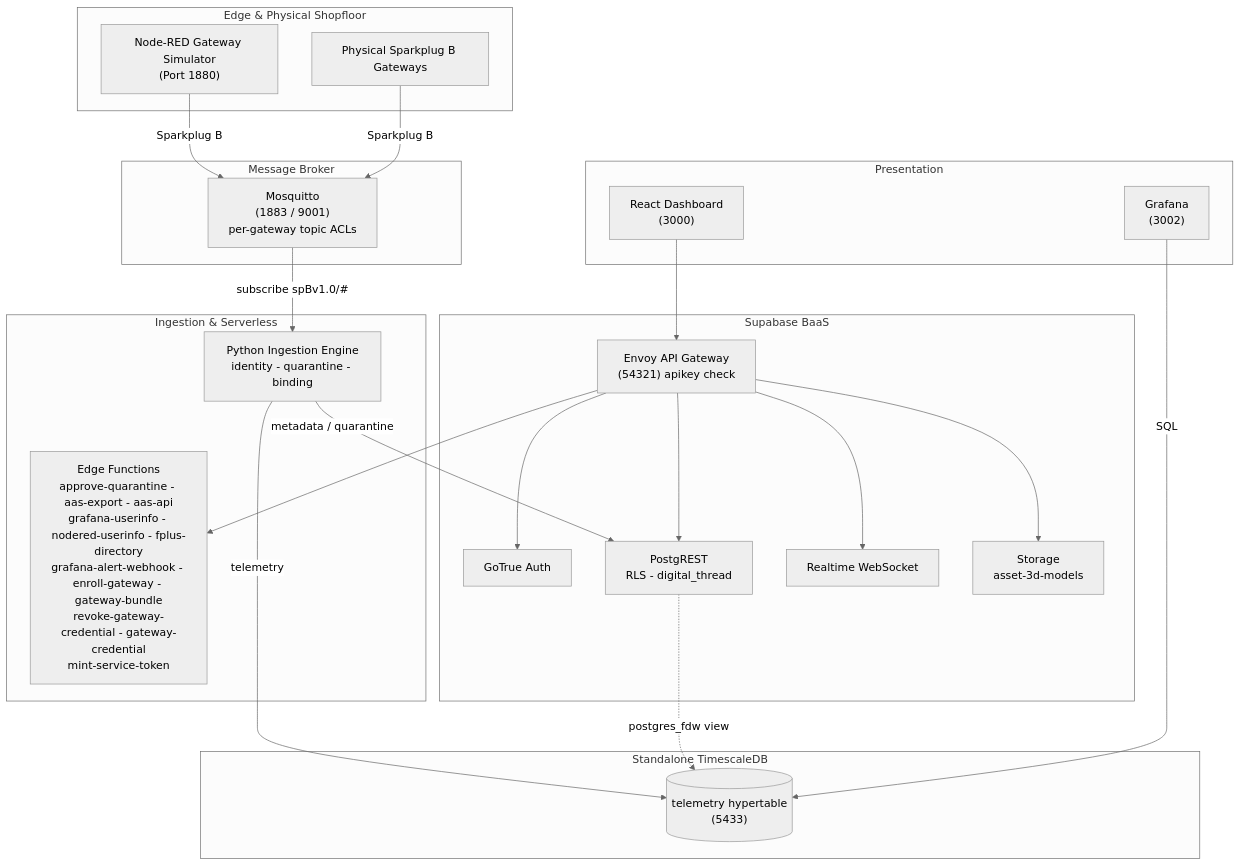
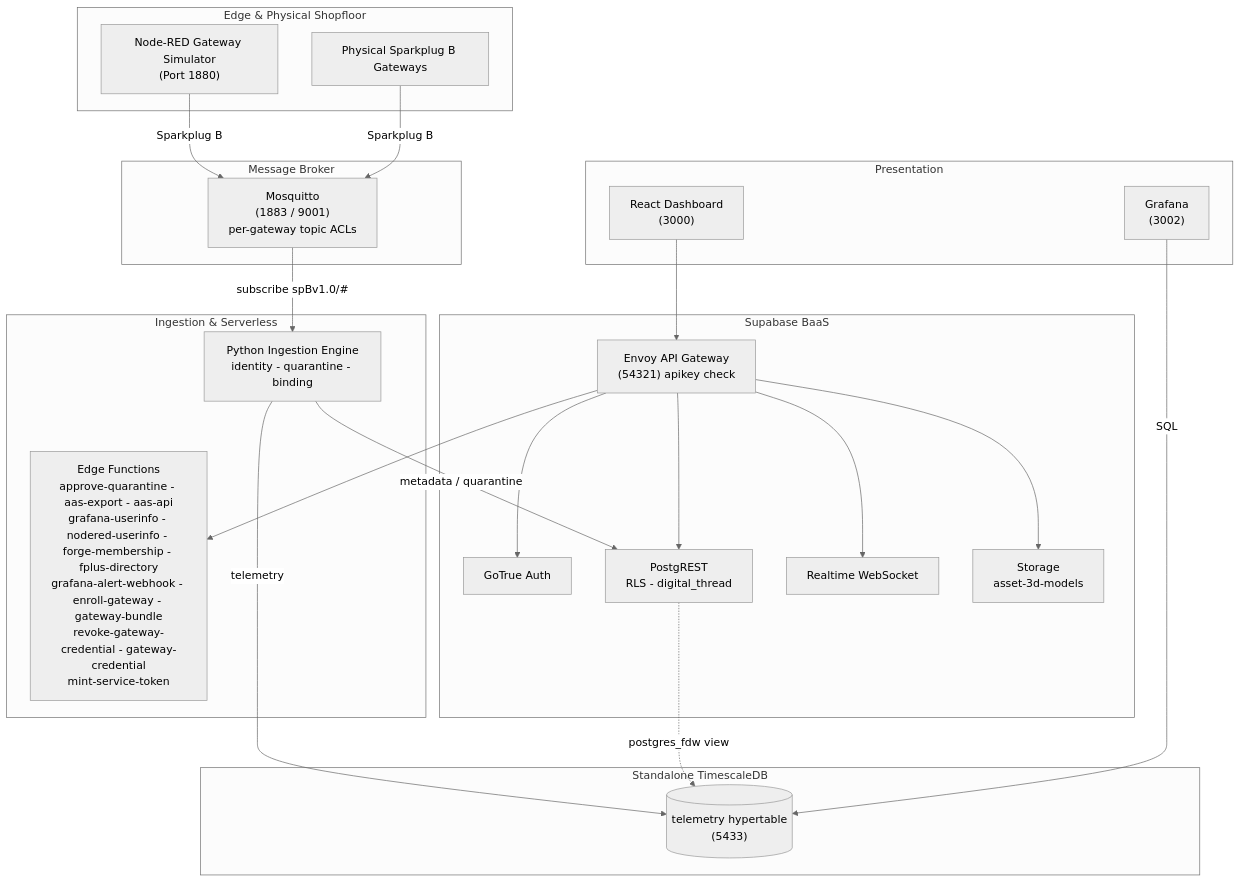
Before and after one commit to Harri-Llewelyn/Aber: the diagram in README.md, drawn with Mermaid (neutral theme). The commit also changed other lines of this file and 11 other files, not shown here.

````diff
--- a/README.md
+++ b/README.md
@@ -30,47 +30,47 @@
 ```mermaid
 flowchart TB
     subgraph Edge ["Edge & Physical Shopfloor"]
         NR["Node-RED Gateway Simulator<br/>(Port 1880)"]
         DEV["Physical Sparkplug B Gateways"]
     end
 
     subgraph Messaging ["Message Broker"]
         MQTT["Mosquitto<br/>(1883 / 9001)<br/>per-gateway topic ACLs"]
     end
 
     subgraph Processing ["Ingestion & Serverless"]
         ING["Python Ingestion Engine<br/>identity - quarantine - binding"]
-        EF["Edge Functions<br/>approve-quarantine - aas-export - aas-api<br/>grafana-userinfo - nodered-userinfo - fplus-directory<br/>grafana-alert-webhook - enroll-gateway - gateway-bundle<br/>revoke-gateway-credential - gateway-credential<br/>mint-service-token"]
+        EF["Edge Functions<br/>approve-quarantine - aas-export - aas-api<br/>grafana-userinfo - nodered-userinfo - forge-membership - fplus-directory<br/>grafana-alert-webhook - enroll-gateway - gateway-bundle<br/>revoke-gateway-credential - gateway-credential<br/>mint-service-token"]
     end
 
     subgraph Supabase ["Supabase BaaS"]
         GW["Envoy API Gateway<br/>(54321) apikey check"]
         AUTH["GoTrue Auth"]
         PGRST["PostgREST<br/>RLS - digital_thread"]
         RT["Realtime WebSocket"]
         STO["Storage<br/>asset-3d-models"]
     end
 
     subgraph TSDB ["Standalone TimescaleDB"]
         TS[("telemetry hypertable<br/>(5433)")]
     end
 
     subgraph UX ["Presentation"]
         UI["React Dashboard<br/>(3000)"]
         GRAF["Grafana<br/>(3002)"]
     end
 
     NR -->|Sparkplug B| MQTT
     DEV -->|Sparkplug B| MQTT
     MQTT -->|subscribe spBv1.0/#| ING
     ING -->|metadata / quarantine| PGRST
     ING -->|telemetry| TS
     UI --> GW
     GW --> AUTH
     GW --> PGRST
     GW --> RT
     GW --> STO
     GW --> EF
     PGRST -.->|postgres_fdw view| TS
     GRAF -->|SQL| TS
 ```
````
